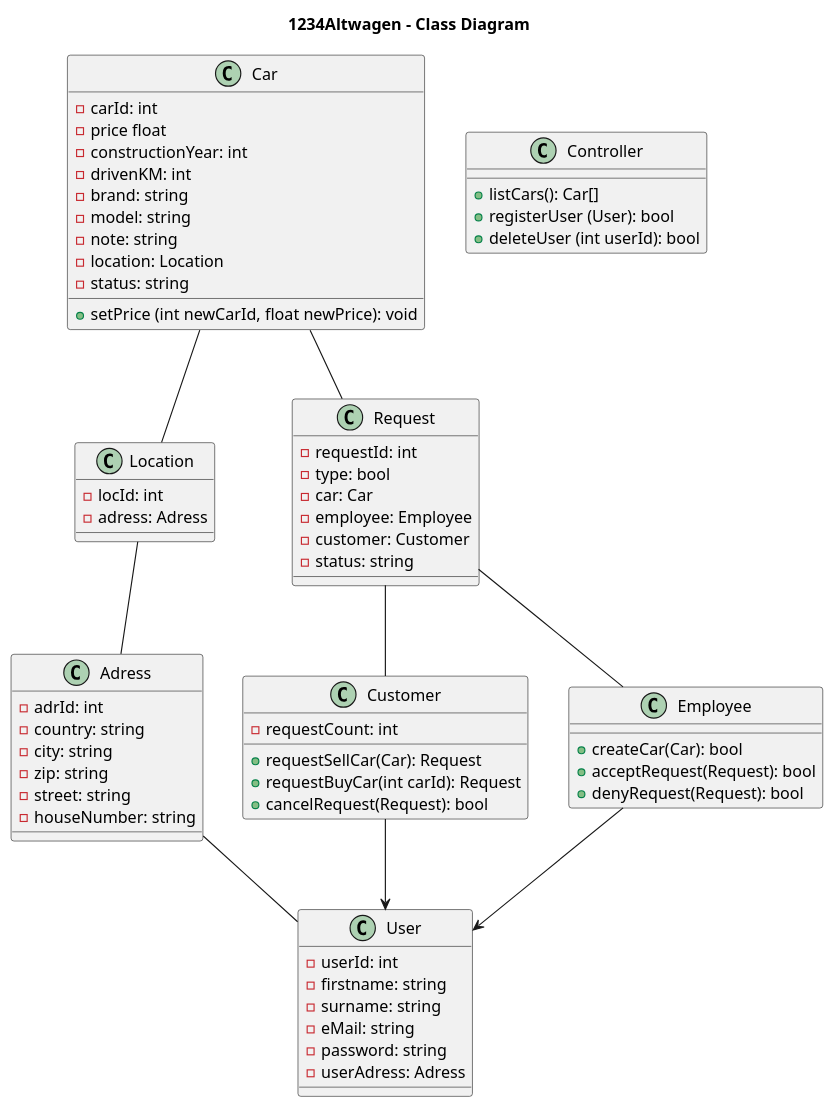
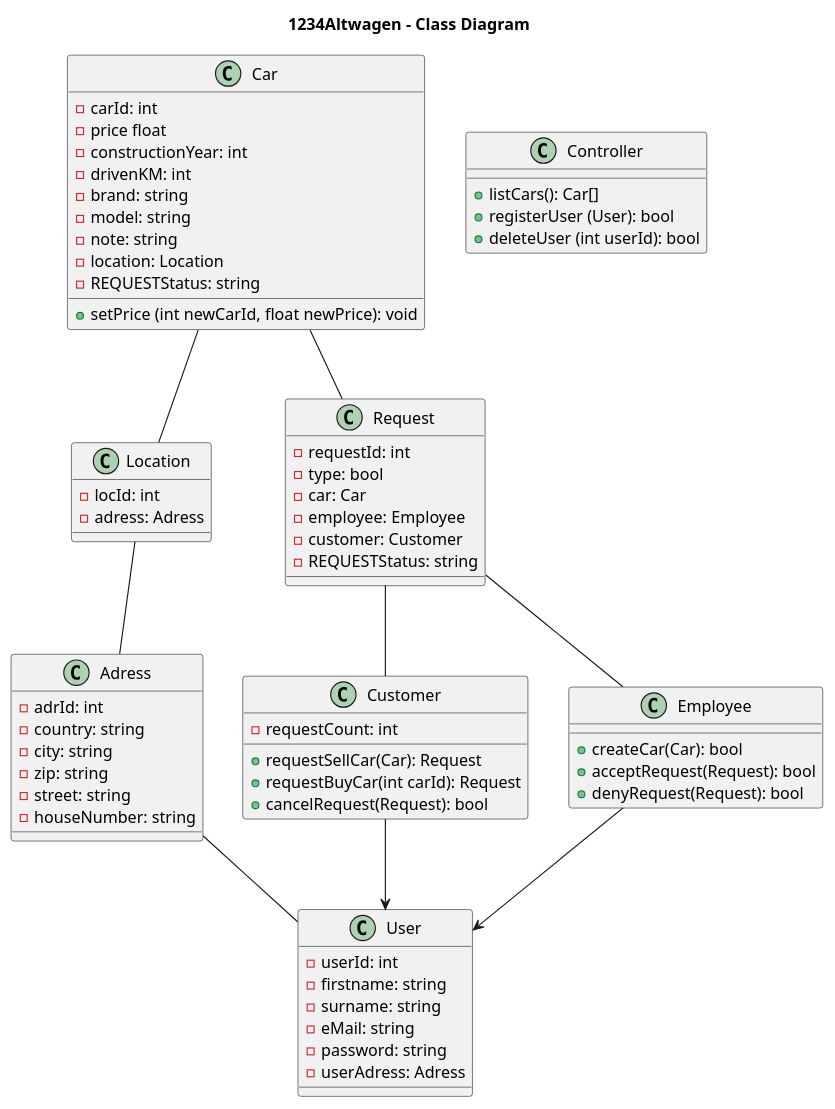
One commit to fh-erfurt/1234Altwagen changed the diagram in klassendiagramm.iuml. Above: the diagram before and after it, drawn with PlantUML. The commit also changed 40 other files, not shown here.

```diff
--- a/klassendiagramm.iuml
+++ b/klassendiagramm.iuml
@@ -1,74 +1,74 @@
 @startuml
 title 1234Altwagen - Class Diagram
 
 
 class Car {
     -carId: int
     -price float
     -constructionYear: int
     -drivenKM: int
     -brand: string
     -model: string
     -note: string
     -location: Location
-    -status: string
+    -REQUESTStatus: string
     +setPrice (int newCarId, float newPrice): void
 }
 
 class Location {
     -locId: int
     -adress: Adress
 }
 
 class Request {
     -requestId: int
     -type: bool
     -car: Car
     -employee: Employee
     -customer: Customer
-    -status: string
+    -REQUESTStatus: string
 }
 class Adress {
     -adrId: int
     -country: string
     -city: string
     -zip: string
     -street: string
     -houseNumber: string
 }
 class Controller {
     +listCars(): Car[]
     +registerUser (User): bool
     +deleteUser (int userId): bool
 }
 
 class User {
     -userId: int
     -firstname: string
     -surname: string
     -eMail: string
     -password: string
     -userAdress: Adress
 }
 class Customer {
     -requestCount: int
     +requestSellCar(Car): Request
     +requestBuyCar(int carId): Request
     +cancelRequest(Request): bool
 }
 class Employee {
     +createCar(Car): bool
     +acceptRequest(Request): bool
     +denyRequest(Request): bool
 }
 
 Customer --> User
 Employee --> User
 
 Car -- Location
 Car -- Request
 Location -- Adress
 Request -- Customer
 Request -- Employee
 Adress -- User
 @enduml
```
